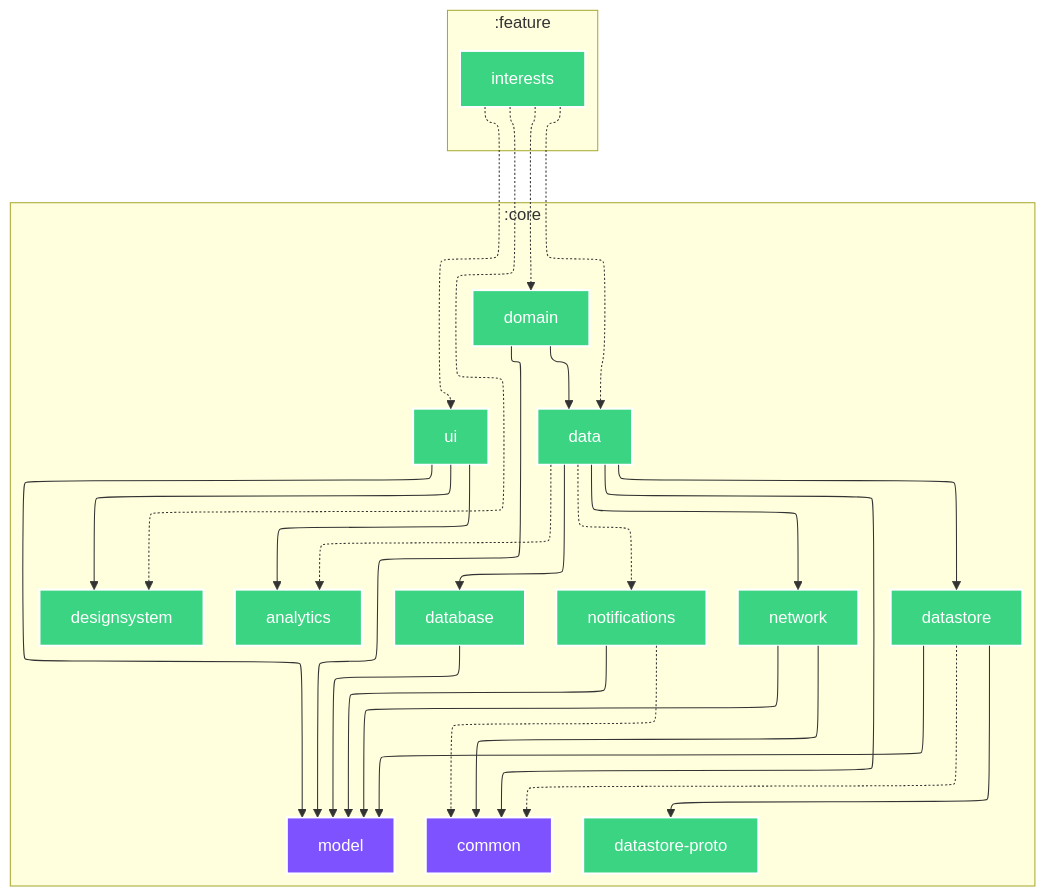
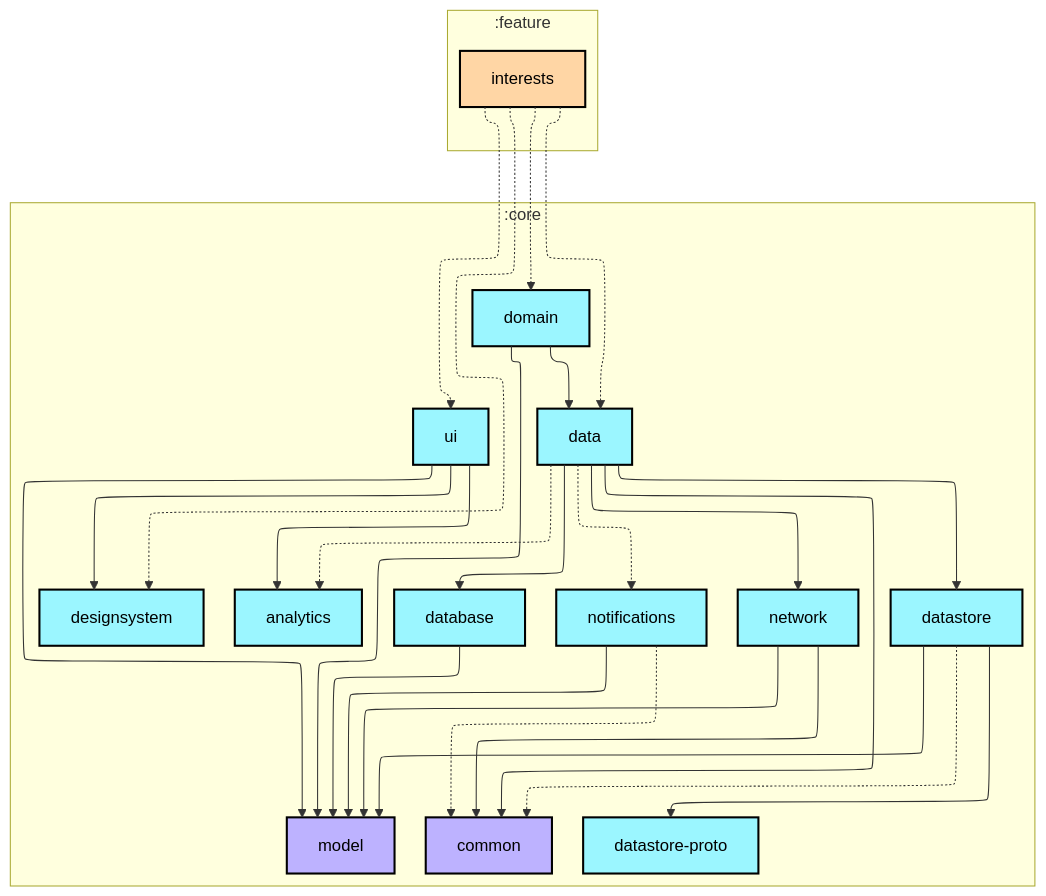
The diagram in feature/interests/README.md (android/nowinandroid), drawn with Mermaid before and after one commit. The commit also changed other lines of this file and 28 other files, not shown here.

````diff
--- a/feature/interests/README.md
+++ b/feature/interests/README.md
@@ -4,58 +6,59 @@
 ```mermaid
 ---
 config:
   layout: elk
   elk:
     nodePlacementStrategy: SIMPLE
 ---
 graph TB
   subgraph :core
     direction TB
     :core:analytics[analytics]:::android-library
-    :core:common[common]:::jvm
+    :core:common[common]:::jvm-library
     :core:data[data]:::android-library
     :core:database[database]:::android-library
     :core:datastore[datastore]:::android-library
     :core:datastore-proto[datastore-proto]:::android-library
     :core:designsystem[designsystem]:::android-library
     :core:domain[domain]:::android-library
-    :core:model[model]:::jvm
+    :core:model[model]:::jvm-library
     :core:network[network]:::android-library
     :core:notifications[notifications]:::android-library
     :core:ui[ui]:::android-library
   end
   subgraph :feature
     direction TB
-    :feature:interests[interests]:::android-library
+    :feature:interests[interests]:::android-feature
   end
 
   :core:data -.-> :core:analytics
   :core:data ---> :core:common
   :core:data ---> :core:database
   :core:data ---> :core:datastore
   :core:data ---> :core:network
   :core:data -.-> :core:notifications
   :core:database ---> :core:model
   :core:datastore -.-> :core:common
   :core:datastore ---> :core:datastore-proto
   :core:datastore ---> :core:model
   :core:domain ---> :core:data
   :core:domain ---> :core:model
   :core:network ---> :core:common
   :core:network ---> :core:model
   :core:notifications -.-> :core:common
   :core:notifications ---> :core:model
   :core:ui ---> :core:analytics
   :core:ui ---> :core:designsystem
   :core:ui ---> :core:model
   :feature:interests -.-> :core:data
   :feature:interests -.-> :core:designsystem
   :feature:interests -.-> :core:domain
   :feature:interests -.-> :core:ui
 
-classDef android-application fill:#7F52FF,stroke:#fff,stroke-width:2px,color:#fff;
-classDef android-library fill:#3BD482,stroke:#fff,stroke-width:2px,color:#fff;
-classDef android-test fill:#3BD482,stroke:#fff,stroke-width:2px,color:#fff;
-classDef jvm fill:#7F52FF,stroke:#fff,stroke-width:2px,color:#fff;
-classDef unknown fill:#FF0000,stroke:#fff,stroke-width:2px,color:#fff;
+classDef android-application fill:#CAFFBF,stroke:#000,stroke-width:2px,color:#000;
+classDef android-feature fill:#FFD6A5,stroke:#000,stroke-width:2px,color:#000;
+classDef android-library fill:#9BF6FF,stroke:#000,stroke-width:2px,color:#000;
+classDef android-test fill:#A0C4FF,stroke:#000,stroke-width:2px,color:#000;
+classDef jvm-library fill:#BDB2FF,stroke:#000,stroke-width:2px,color:#000;
+classDef unknown fill:#FFADAD,stroke:#000,stroke-width:2px,color:#000;
 ```
````
